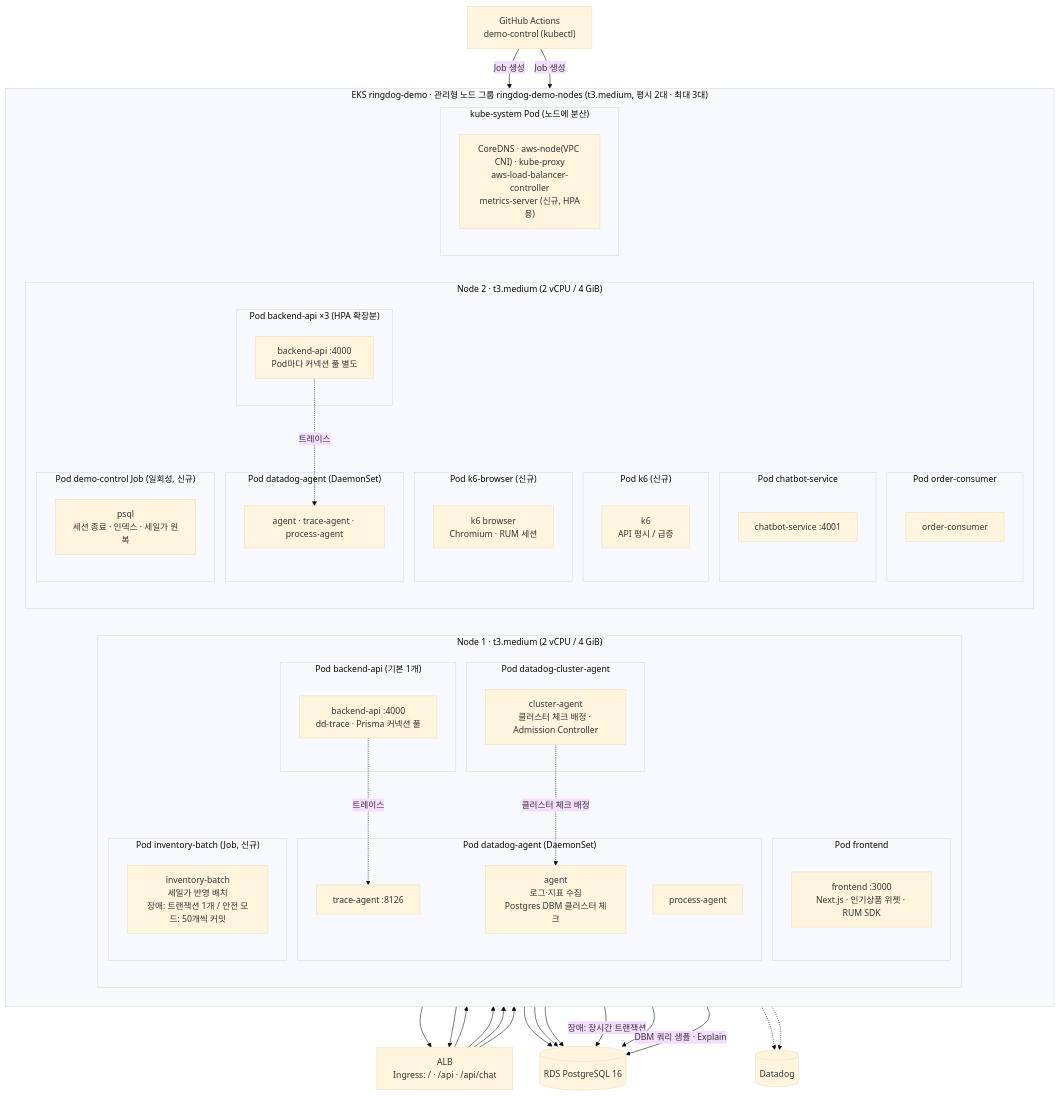
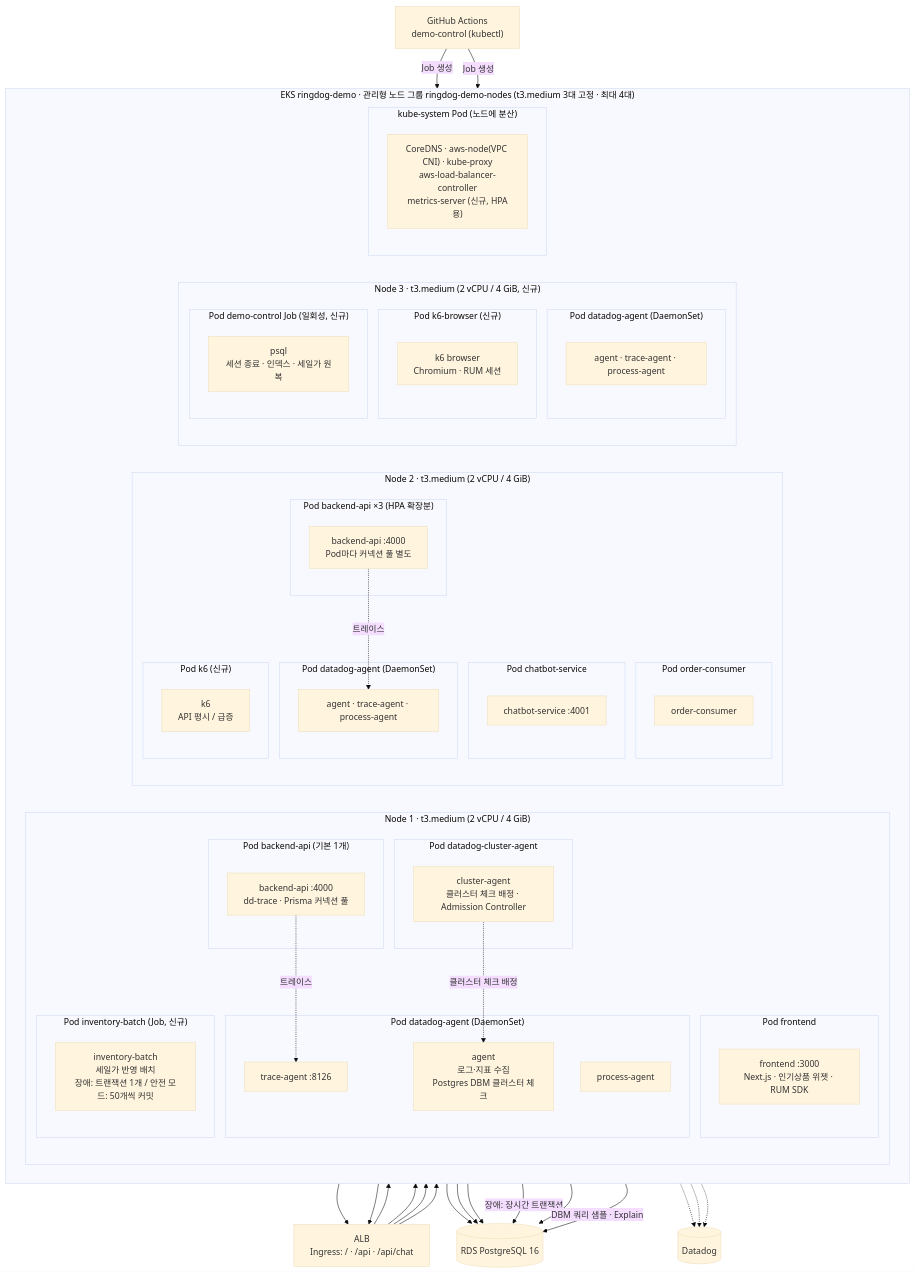
Before and after one commit to Arin-kr/ringdog: the second of 2 diagrams in docs/design/specs/2026-10-15-demo-flash-sale-db-design.md, drawn with Mermaid (base theme). The commit also changed other lines of this file and 1 other file, not shown here.

First line of the commit message:
docs(demo-01): confirm decisions 1-4, add metrics-server and fixed 3-node capacity

````diff
--- a/docs/design/specs/2026-10-15-demo-flash-sale-db-design.md
+++ b/docs/design/specs/2026-10-15-demo-flash-sale-db-design.md
@@ -127,7 +127,7 @@
     ddsaas[("Datadog")]
     gha["GitHub Actions<br/>demo-control (kubectl)"]
 
-    subgraph eks["EKS ringdog-demo · 관리형 노드 그룹 ringdog-demo-nodes (t3.medium, 평시 2대 · 최대 3대)"]
+    subgraph eks["EKS ringdog-demo · 관리형 노드 그룹 ringdog-demo-nodes (t3.medium 3대 고정 · 최대 4대)"]
         direction LR
         subgraph n1["Node 1 · t3.medium (2 vCPU / 4 GiB)"]
             direction TB
@@ -166,6 +166,12 @@
             subgraph pk6["Pod k6 (신규)"]
                 ck6["k6<br/>API 평시 / 급증"]
             end
+        end
+        subgraph n3["Node 3 · t3.medium (2 vCPU / 4 GiB, 신규)"]
+            direction TB
+            subgraph n3ds["Pod datadog-agent (DaemonSet)"]
+                n3a["agent · trace-agent · process-agent"]
+            end
             subgraph pk6b["Pod k6-browser (신규)"]
                 ck6b["k6 browser<br/>Chromium · RUM 세션"]
             end
@@ -195,6 +201,7 @@
     n1a -->|DBM 쿼리 샘플 · Explain| rds
     n1a -.-> ddsaas
     n2a -.-> ddsaas
+    n3a -.-> ddsaas
     gha -->|Job 생성| cbatch
     gha -->|Job 생성| cjob
 ```
````
